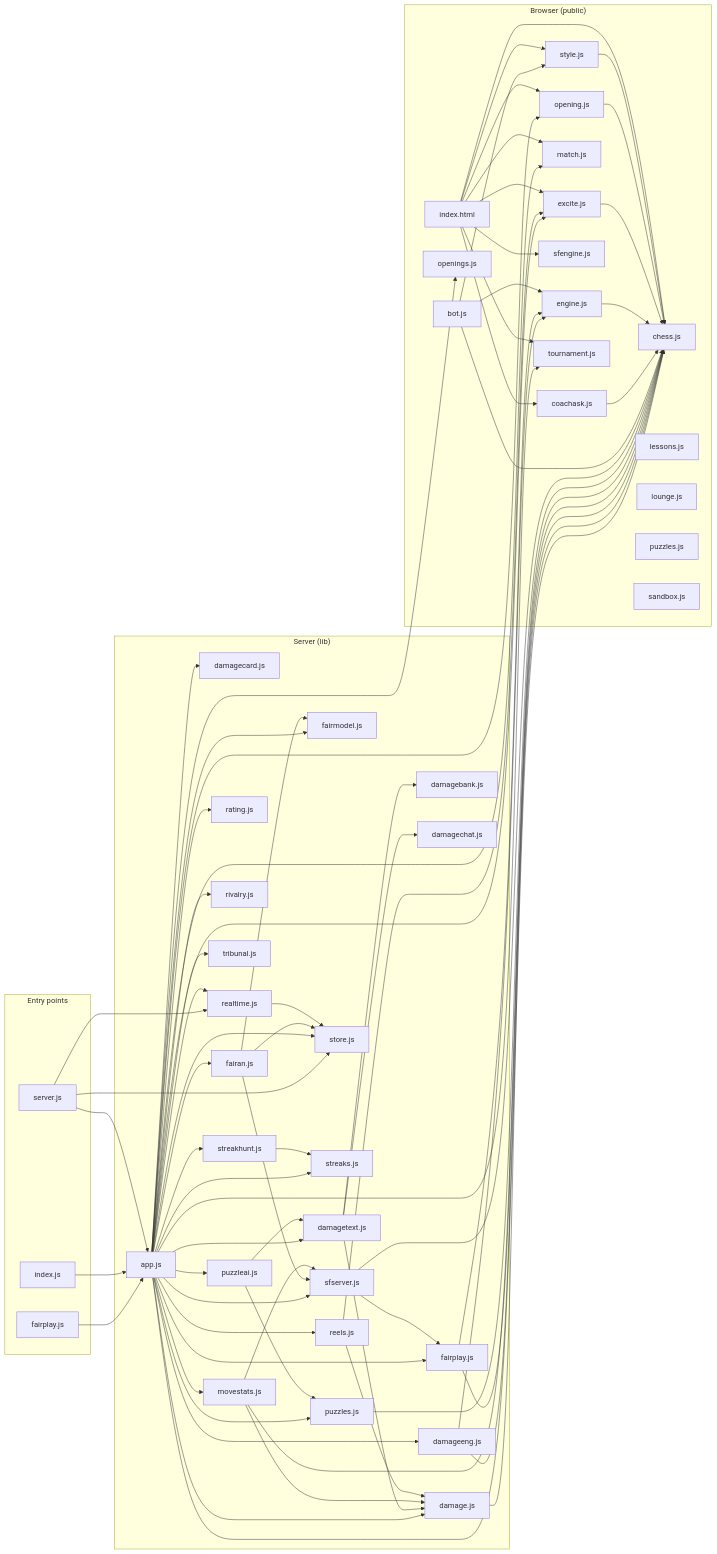
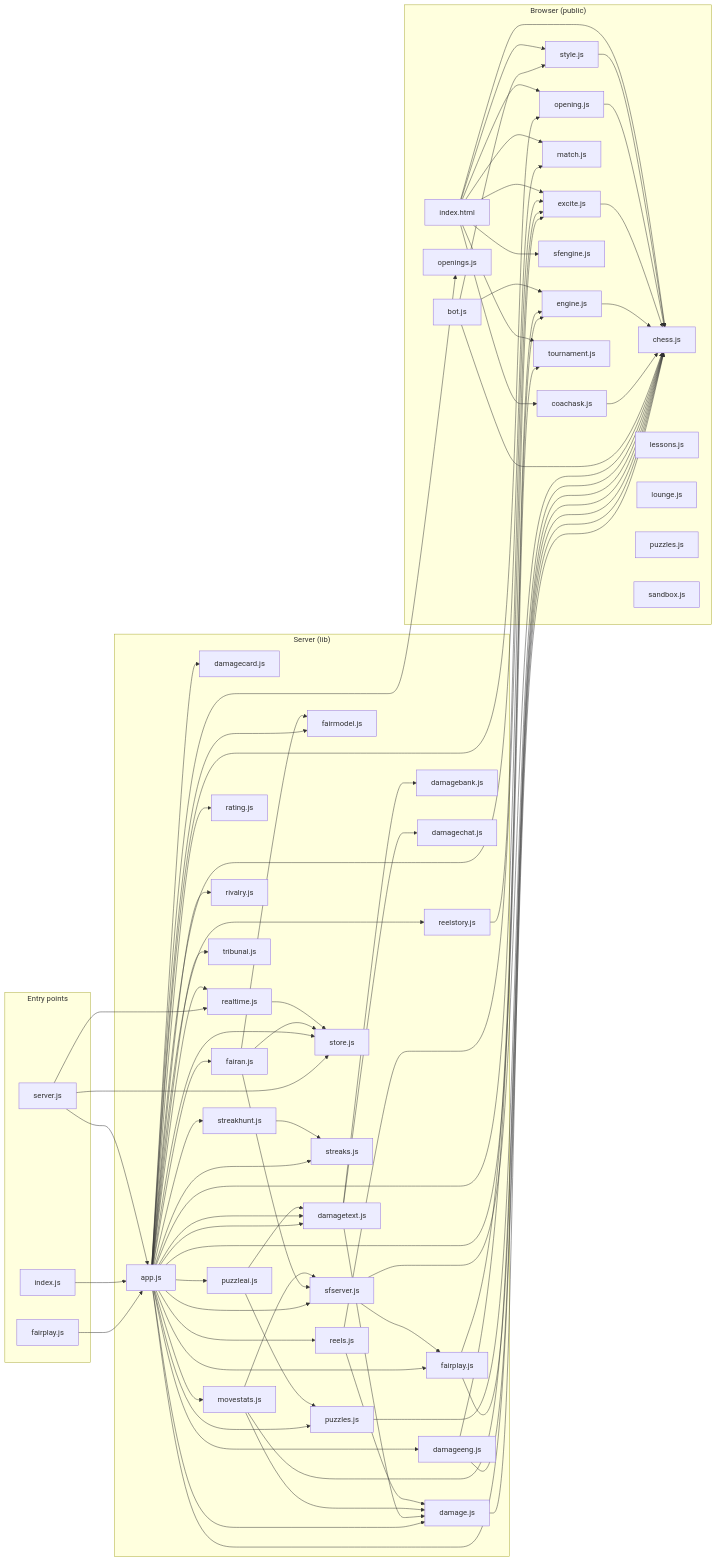
One commit to Vihaancoding/chess-with-friends changed the diagram in docs/code-map.md. Above: the diagram before and after it, drawn with Mermaid. The commit also changed other lines of this file and 4 other files, not shown here.

```diff
--- a/docs/code-map.md
+++ b/docs/code-map.md
@@ -26,6 +26,7 @@
     lib_rating_js["rating.js"]
     lib_realtime_js["realtime.js"]
     lib_reels_js["reels.js"]
+    lib_reelstory_js["reelstory.js"]
     lib_rivalry_js["rivalry.js"]
     lib_sfserver_js["sfserver.js"]
     lib_store_js["store.js"]
@@ -75,12 +76,14 @@
   lib_app_js --> lib_streaks_js
   lib_app_js --> lib_streakhunt_js
   lib_app_js --> lib_reels_js
+  lib_app_js --> lib_reelstory_js
   lib_app_js --> public_excite_js
   lib_app_js --> lib_tribunal_js
   lib_app_js --> lib_sfserver_js
   lib_app_js --> lib_fairan_js
   lib_app_js --> lib_fairmodel_js
   lib_app_js --> public_openings_js
+  lib_app_js --> lib_damagetext_js
   lib_damage_js --> public_chess_js
   lib_damageeng_js --> public_engine_js
   lib_damageeng_js --> public_chess_js
@@ -101,6 +104,7 @@
   lib_realtime_js --> lib_store_js
   lib_reels_js --> public_excite_js
   lib_reels_js --> lib_damage_js
+  lib_reelstory_js --> public_excite_js
   lib_sfserver_js --> public_chess_js
   lib_sfserver_js --> lib_fairplay_js
   lib_streakhunt_js --> lib_streaks_js
```
